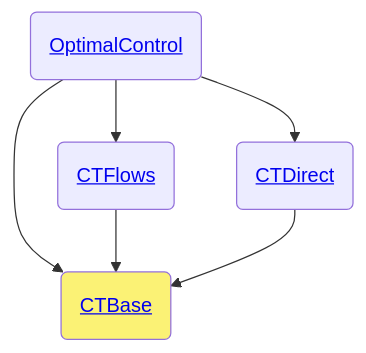
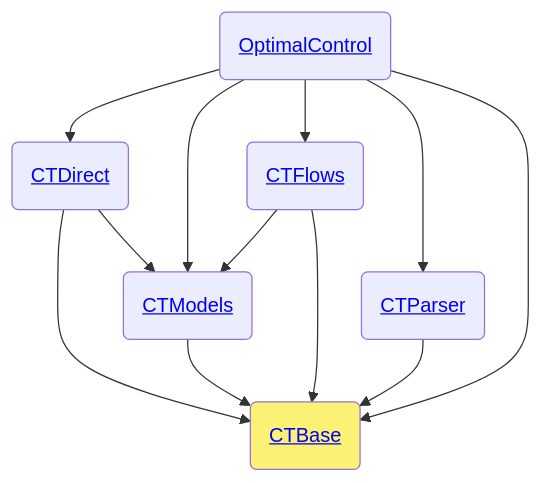
Before and after one commit to control-toolbox/OptimalControl.jl: the diagram in docs/src/dev-ctbase.md, drawn with Mermaid. The commit also changed 4 other files, not shown here.

Commit message:
updated flowchart fo packages

````diff
--- a/docs/src/dev-ctbase.md
+++ b/docs/src/dev-ctbase.md
@@ -9,9 +9,21 @@
 ```mermaid
 flowchart TD
-O(<a href='https://control-toolbox.org/OptimalControl.jl/stable/api-optimalcontrol.html'>OptimalControl</a>) --> B(<a href='https://control-toolbox.org/OptimalControl.jl/stable/api-ctbase.html'>CTBase</a>)
-O --> D(<a href='https://control-toolbox.org/OptimalControl.jl/stable/api-ctdirect.html'>CTDirect</a>)
-O --> F(<a href='https://control-toolbox.org/OptimalControl.jl/stable/api-ctflows.html'>CTFlows</a>)
+B(<a href='https://control-toolbox.org/OptimalControl.jl/stable/api-ctbase.html'>CTBase</a>)
+M(<a href='https://control-toolbox.org/OptimalControl.jl/stable/api-ctmodels.html'>CTModels</a>)
+P(<a href='https://control-toolbox.org/OptimalControl.jl/stable/api-ctparser.html'>CTParser</a>)
+O(<a href='https://control-toolbox.org/OptimalControl.jl/stable/api-optimalcontrol.html'>OptimalControl</a>)
+D(<a href='https://control-toolbox.org/OptimalControl.jl/stable/api-ctdirect.html'>CTDirect</a>)
+F(<a href='https://control-toolbox.org/OptimalControl.jl/stable/api-ctflows.html'>CTFlows</a>)
+O --> D
+O --> M
+O --> F
+O --> P
+F --> M
+O --> B
 F --> B
 D --> B
+D --> M
+P --> B
+M --> B
 style B fill:#FBF275
 ```
````
